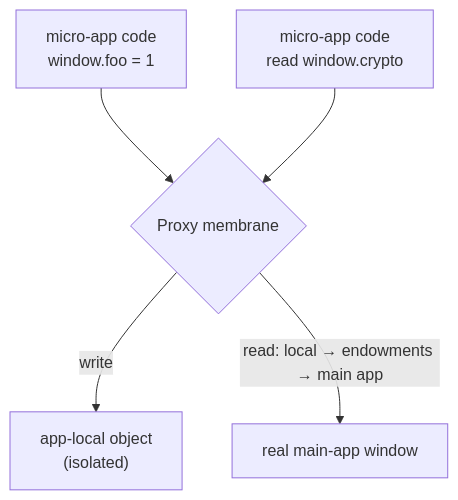
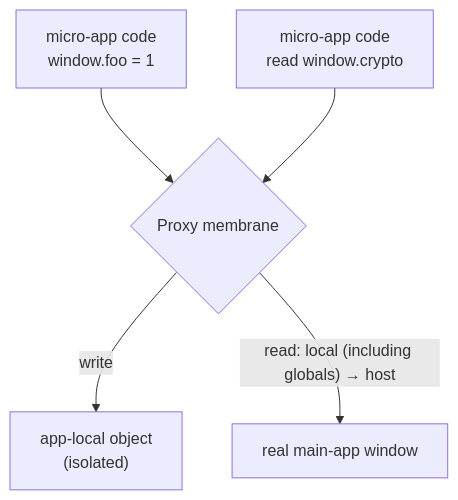
The diagram in docs/internals/js-sandbox.md (umijs/qiankun), drawn with Mermaid before and after one commit. The commit also changed other lines of this file and 80 other files, not shown here.

````diff
--- a/docs/internals/js-sandbox.md
+++ b/docs/internals/js-sandbox.md
@@ -19,7 +19,7 @@
 ```mermaid
 flowchart TD
   A["micro-app code<br/>window.foo = 1"] --> P{"Proxy membrane"}
   P -->|write| L["app-local object<br/>(isolated)"]
   R["micro-app code<br/>read window.crypto"] --> P
-  P -->|"read: local → endowments → main app"| H["real main-app window"]
+  P -->|"read: local (including globals) → host"| H["real main-app window"]
 ```
````
